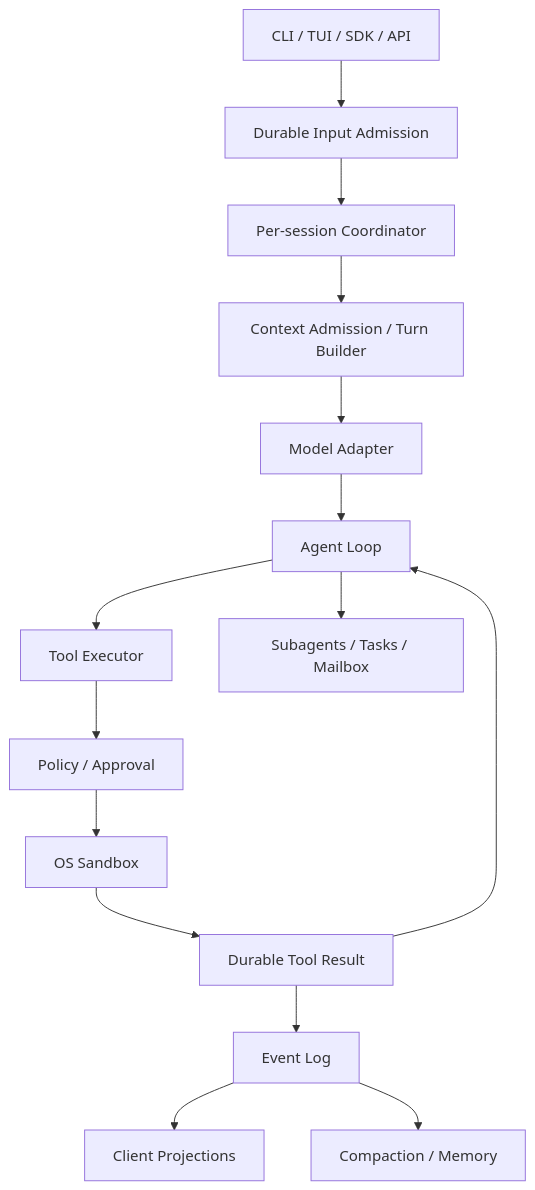
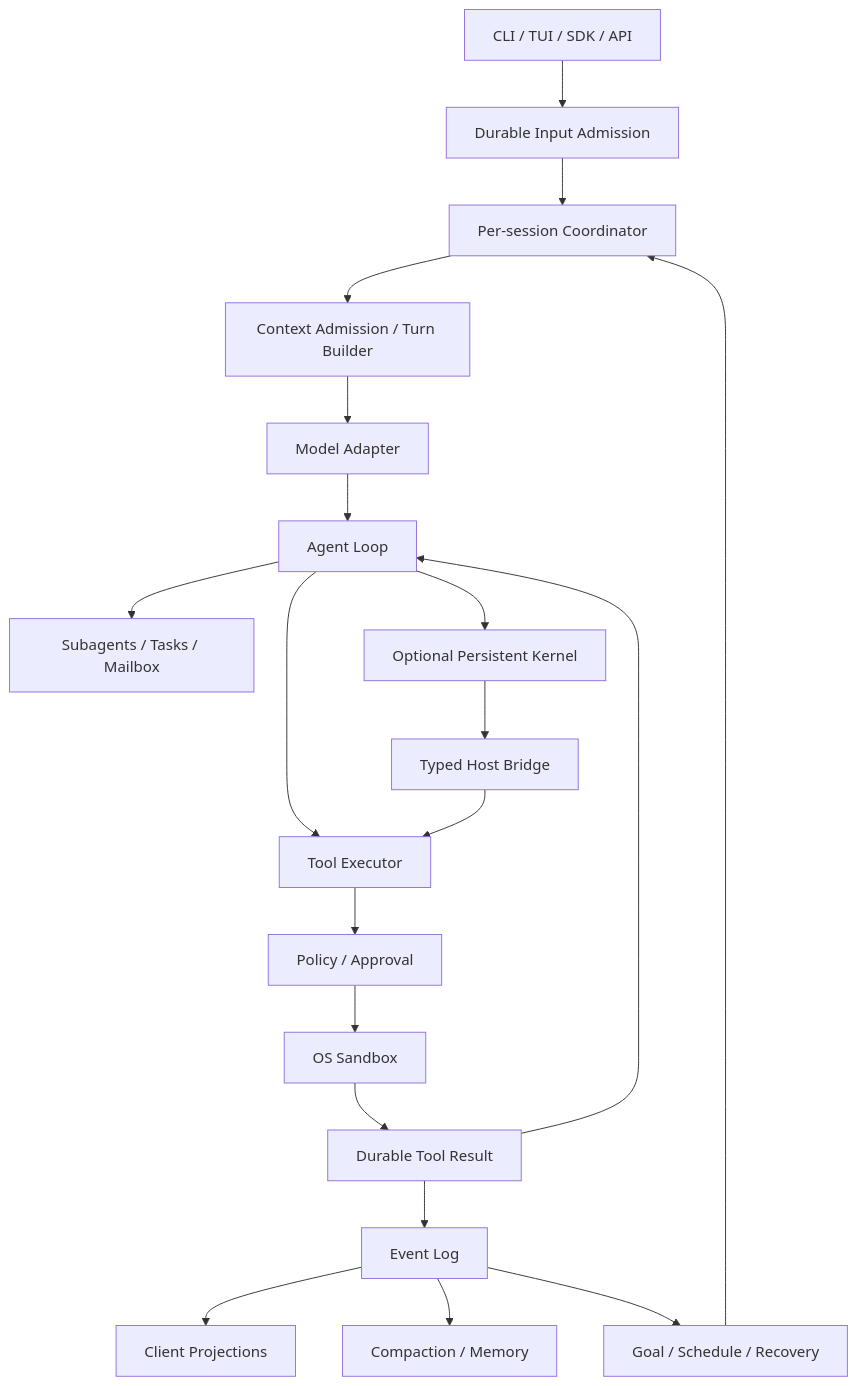
One commit to xiaobeicn/harness-learn changed the diagram in harness-design-summary.md. Above: the diagram before and after it, drawn with Mermaid. The commit also changed other lines of this file and 28 other files, not shown here.

````diff
--- a/harness-design-summary.md
+++ b/harness-design-summary.md
@@ -201,17 +249,22 @@
 ```mermaid
 flowchart TD
     UI["CLI / TUI / SDK / API"] --> AD["Durable Input Admission"]
     AD --> CO["Per-session Coordinator"]
     CO --> CT["Context Admission / Turn Builder"]
     CT --> ML["Model Adapter"]
     ML --> LP["Agent Loop"]
     LP --> TE["Tool Executor"]
     TE --> AU["Policy / Approval"]
     AU --> SB["OS Sandbox"]
     SB --> RS["Durable Tool Result"]
     RS --> LP
     RS --> EV["Event Log"]
     EV --> PR["Client Projections"]
     EV --> CP["Compaction / Memory"]
     LP --> MA["Subagents / Tasks / Mailbox"]
+    LP --> KC["Optional Persistent Kernel"]
+    KC --> HB["Typed Host Bridge"]
+    HB --> TE
+    EV --> LR["Goal / Schedule / Recovery"]
+    LR --> CO
 ```
````
